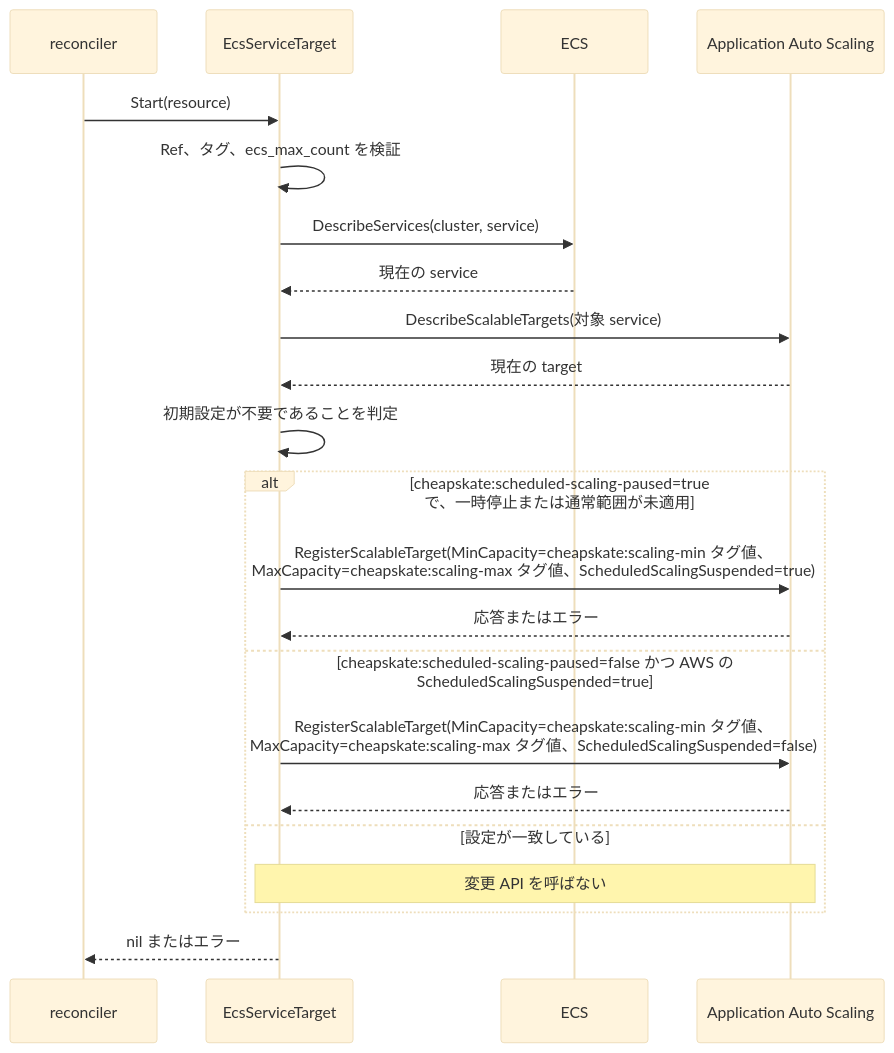
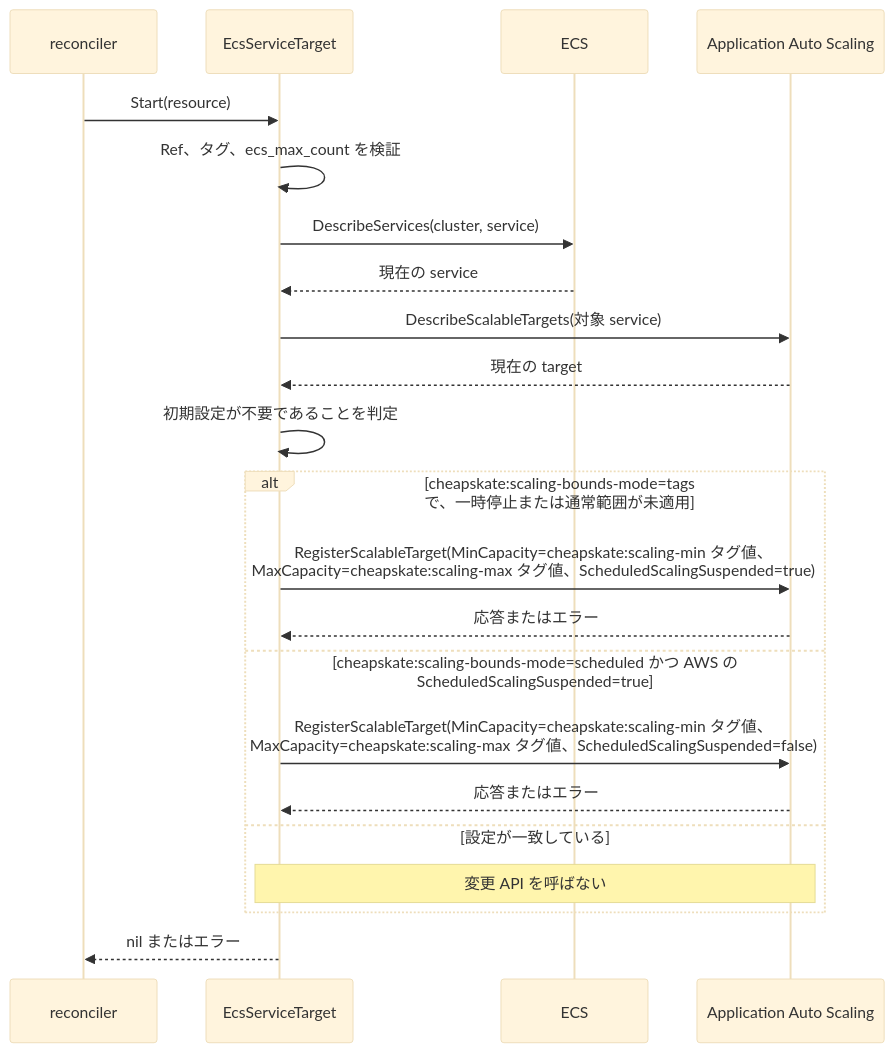
The eighth of 9 diagrams in docs/ja/development/resource_sequence.md (moepig/cheapskate), drawn with Mermaid (base theme) before and after one commit. The commit also changed other lines of this file and 22 other files, not shown here.

Commit message:
Clarify ECS scaling bounds management modes

````diff
--- a/docs/ja/development/resource_sequence.md
+++ b/docs/ja/development/resource_sequence.md
@@ -303,24 +305,24 @@
 ```mermaid
 sequenceDiagram
     participant Reconciler as reconciler
     participant Adapter as EcsServiceTarget
     participant EcsAPI as ECS
     participant AutoScaling as Application Auto Scaling
     Reconciler->>Adapter: Start(resource)
     Adapter->>Adapter: Ref、タグ、ecs_max_count を検証
     Adapter->>EcsAPI: DescribeServices(cluster, service)
     EcsAPI-->>Adapter: 現在の service
     Adapter->>AutoScaling: DescribeScalableTargets(対象 service)
     AutoScaling-->>Adapter: 現在の target
     Adapter->>Adapter: 初期設定が不要であることを判定
-    alt cheapskate:scheduled-scaling-paused=true で、一時停止または通常範囲が未適用
+    alt cheapskate:scaling-bounds-mode=tags で、一時停止または通常範囲が未適用
         Adapter->>AutoScaling: RegisterScalableTarget(MinCapacity=cheapskate:scaling-min タグ値、<br/>MaxCapacity=cheapskate:scaling-max タグ値、ScheduledScalingSuspended=true)
         AutoScaling-->>Adapter: 応答またはエラー
-    else cheapskate:scheduled-scaling-paused=false かつ AWS の ScheduledScalingSuspended=true
+    else cheapskate:scaling-bounds-mode=scheduled かつ AWS の ScheduledScalingSuspended=true
         Adapter->>AutoScaling: RegisterScalableTarget(MinCapacity=cheapskate:scaling-min タグ値、<br/>MaxCapacity=cheapskate:scaling-max タグ値、ScheduledScalingSuspended=false)
         AutoScaling-->>Adapter: 応答またはエラー
     else 設定が一致している
         Note over Adapter,AutoScaling: 変更 API を呼ばない
     end
     Adapter-->>Reconciler: nil またはエラー
 ```
````
